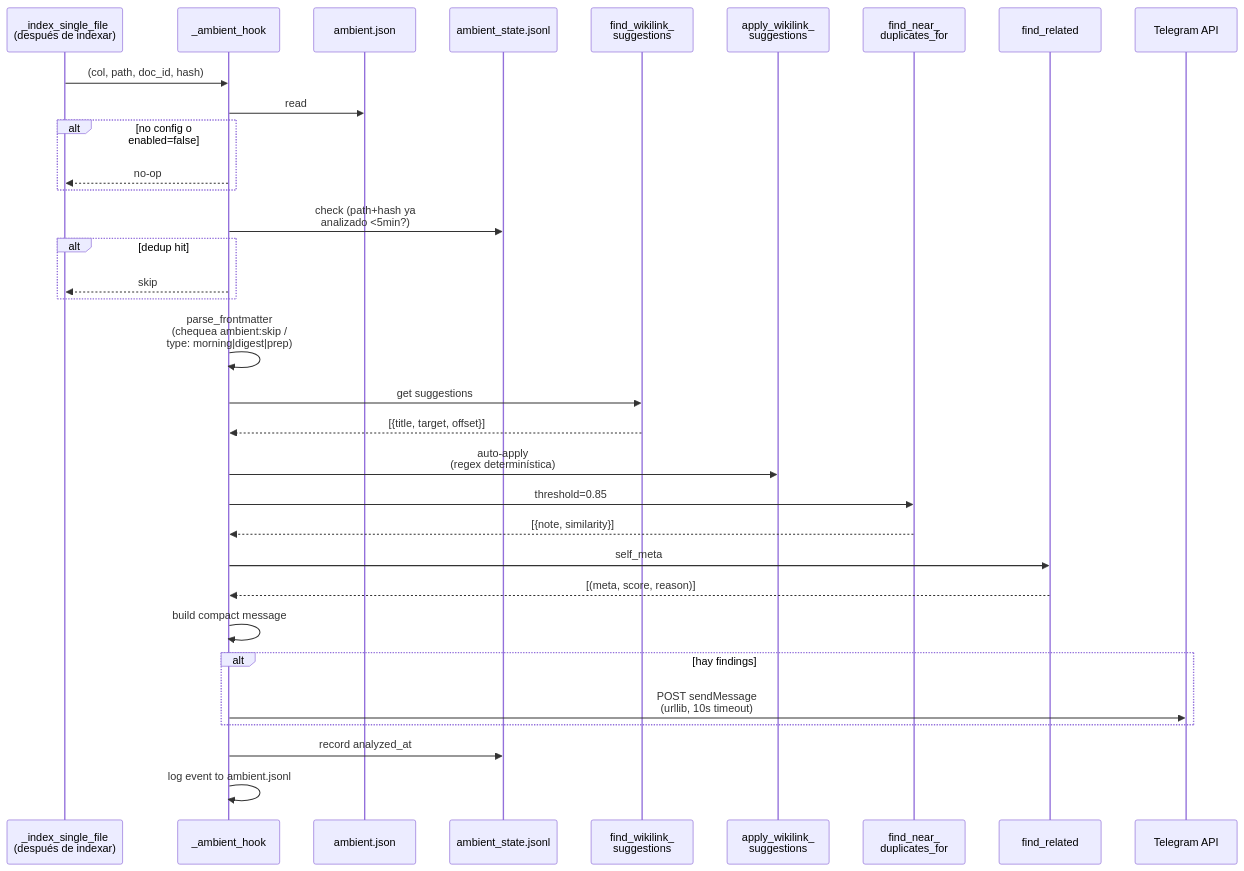
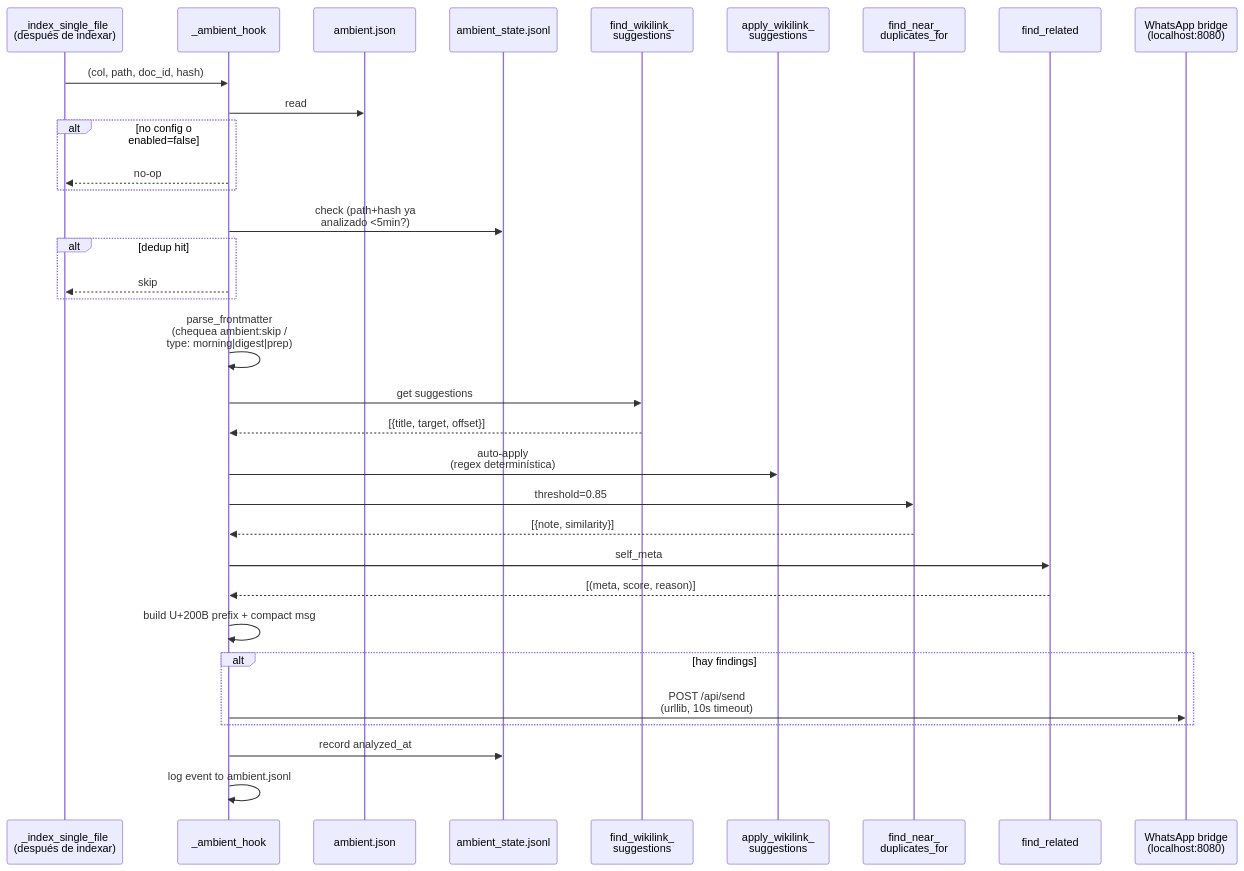
Before and after one commit to jagoff/rag-obsidian: the fifth of 13 diagrams in docs/SYSTEM.md, drawn with Mermaid. The commit also changed other lines of this file and 8 other files, not shown here.

First line of the commit message:
docs: reflejar migración Telegram → WhatsApp

````diff
--- a/docs/SYSTEM.md
+++ b/docs/SYSTEM.md
@@ -276,36 +276,36 @@
 ```mermaid
 sequenceDiagram
     participant ISF as _index_single_file<br/>(después de indexar)
     participant H as _ambient_hook
     participant Cfg as ambient.json
     participant St as ambient_state.jsonl
     participant WL as find_wikilink_<br/>suggestions
     participant Ap as apply_wikilink_<br/>suggestions
     participant DP as find_near_<br/>duplicates_for
     participant RL as find_related
-    participant TG as Telegram API
+    participant WA as WhatsApp bridge<br/>(localhost:8080)
 
     ISF->>H: (col, path, doc_id, hash)
     H->>Cfg: read
     alt no config o enabled=false
         H-->>ISF: no-op
     end
     H->>St: check (path+hash ya<br/>analizado <5min?)
     alt dedup hit
         H-->>ISF: skip
     end
     H->>H: parse_frontmatter<br/>(chequea ambient:skip /<br/>type: morning|digest|prep)
     H->>WL: get suggestions
     WL-->>H: [{title, target, offset}]
     H->>Ap: auto-apply<br/>(regex determinística)
     H->>DP: threshold=0.85
     DP-->>H: [{note, similarity}]
     H->>RL: self_meta
     RL-->>H: [(meta, score, reason)]
-    H->>H: build compact message
+    H->>H: build U+200B prefix + compact msg
     alt hay findings
-        H->>TG: POST sendMessage<br/>(urllib, 10s timeout)
+        H->>WA: POST /api/send<br/>(urllib, 10s timeout)
     end
     H->>St: record analyzed_at
     H->>H: log event to ambient.jsonl
 ```
````
